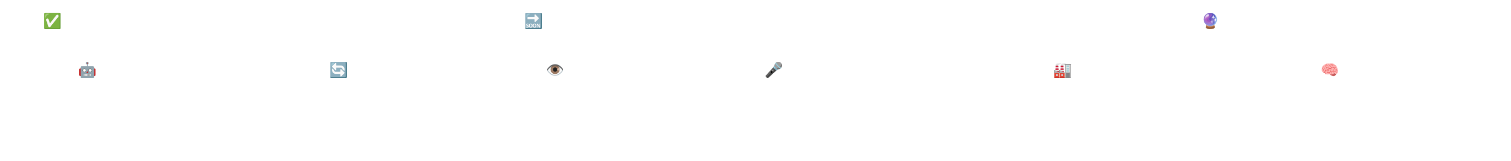
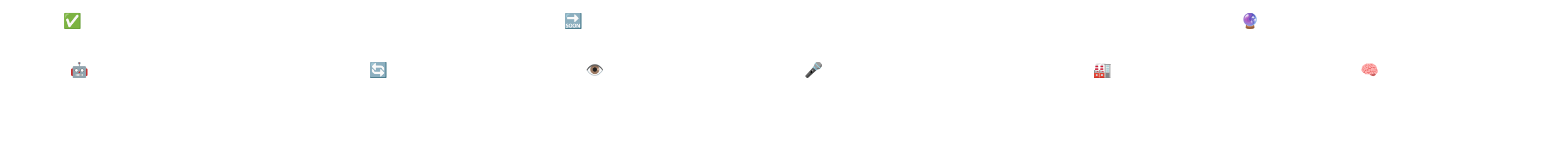
One commit to gitpavleenbali/PYAI changed diagram 17 of 17 in website/docs/index.md. Above: the diagram before and after it, drawn with Mermaid. The commit also changed other lines of this file and 455 other files, not shown here.

First line of the commit message:
chore: rename package from pyai to openstackai

````diff
--- a/website/docs/index.md
+++ b/website/docs/index.md
@@ -1367,20 +1367,20 @@
 ```mermaid
 %%{init: {'theme': 'base', 'themeVariables': { 'primaryColor': 'transparent', 'primaryTextColor': '#ffffff', 'primaryBorderColor': '#ffffff', 'lineColor': '#ffffff', 'secondaryColor': 'transparent', 'tertiaryColor': 'transparent', 'background': 'transparent', 'mainBkg': 'transparent', 'nodeBorder': '#ffffff', 'clusterBkg': 'transparent', 'clusterBorder': '#ffffff', 'titleColor': '#ffffff', 'edgeLabelBackground': 'transparent', 'nodeTextColor': '#ffffff'}}}%%
 flowchart LR
     subgraph Available["✅ Available Now"]
-        PA["🤖 pyai<br/>Core SDK"]
+        PA["🤖 openstackai<br/>Core SDK"]
     end
     
     subgraph Soon["🔜 Coming Soon"]
         PF["🔄 PyFlow<br/>Visual Workflows"]
         PV["👁️ PyVision<br/>Computer Vision"]
         PVO["🎤 PyVoice<br/>Speech & Audio"]
     end
     
     subgraph Future["🔮 Future"]
         PFAC["🏭 PyFactory<br/>Software Generation"]
         PM["🧠 PyMind<br/>Autonomous Reasoning"]
     end
     
     Available --> Soon --> Future
 ```
````
